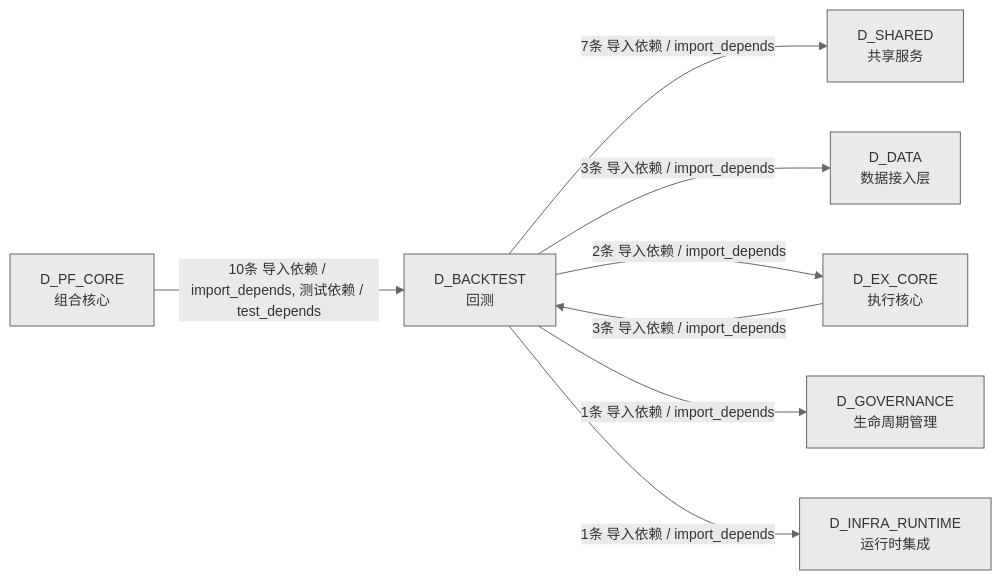
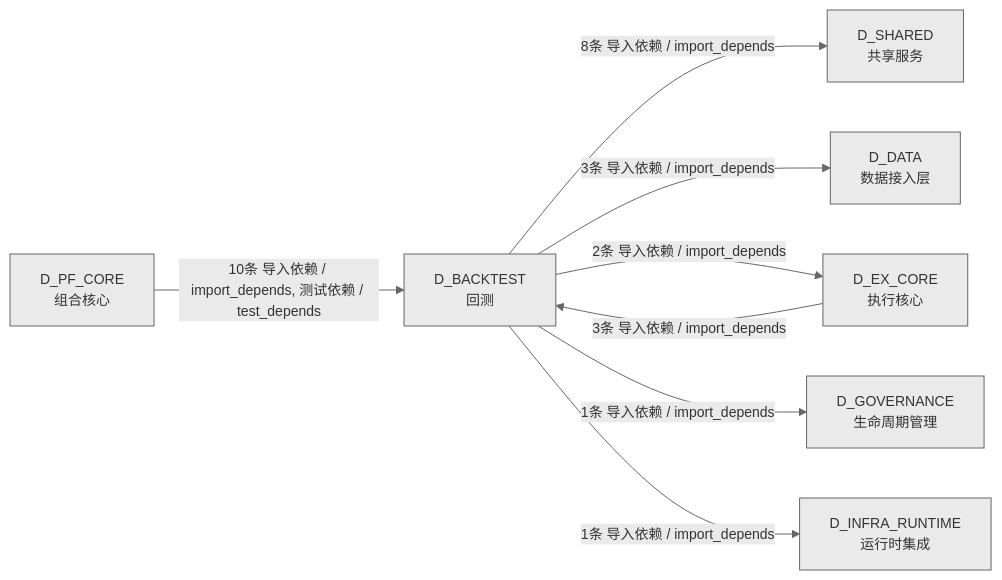
One commit to xuanFelixVan/ZephyrAlpha changed the fourth of 4 diagrams in docs/02_enterprise_architecture/02_domain_architecture_docs/35_d_backtest.md. Above: the diagram before and after it, drawn with Mermaid. The commit also changed other lines of this file and 44 other files, not shown here.

````diff
--- a/docs/02_enterprise_architecture/02_domain_architecture_docs/35_d_backtest.md
+++ b/docs/02_enterprise_architecture/02_domain_architecture_docs/35_d_backtest.md
@@ -342,18 +355,18 @@
 ```mermaid
 %%{init: {'theme': 'base', 'themeVariables': {'primaryColor': '#eaeaea', 'primaryTextColor': '#333333', 'primaryBorderColor': '#666666', 'lineColor': '#666666', 'secondaryColor': '#eaeaea', 'tertiaryColor': '#eaeaea', 'fontSize': '14px'}}}%%
 graph LR
     D_BACKTEST["D_BACKTEST<br/>回测"]
     D_SHARED["D_SHARED<br/>共享服务"]
     D_DATA["D_DATA<br/>数据接入层"]
     D_EX_CORE["D_EX_CORE<br/>执行核心"]
     D_GOVERNANCE["D_GOVERNANCE<br/>生命周期管理"]
     D_INFRA_RUNTIME["D_INFRA_RUNTIME<br/>运行时集成"]
     D_PF_CORE["D_PF_CORE<br/>组合核心"]
-    D_BACKTEST -->|7条 导入依赖 / import_depends| D_SHARED
+    D_BACKTEST -->|8条 导入依赖 / import_depends| D_SHARED
     D_BACKTEST -->|3条 导入依赖 / import_depends| D_DATA
     D_BACKTEST -->|2条 导入依赖 / import_depends| D_EX_CORE
     D_BACKTEST -->|1条 导入依赖 / import_depends| D_GOVERNANCE
     D_BACKTEST -->|1条 导入依赖 / import_depends| D_INFRA_RUNTIME
     D_PF_CORE -->|10条 导入依赖 / import_depends, 测试依赖 / test_depends| D_BACKTEST
     D_EX_CORE -->|3条 导入依赖 / import_depends| D_BACKTEST
 ```
````
